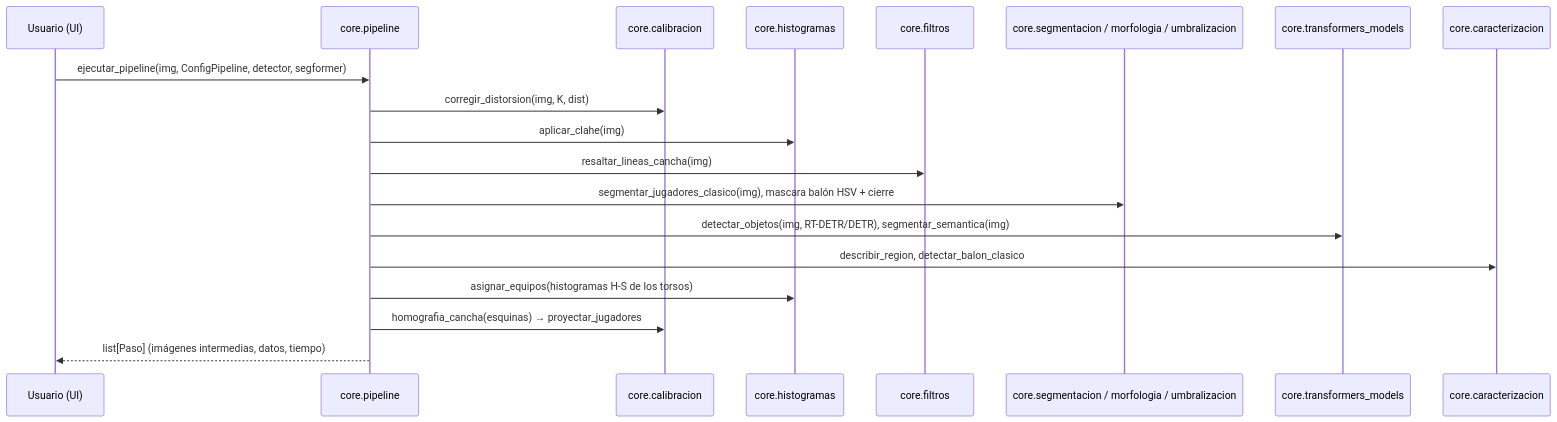
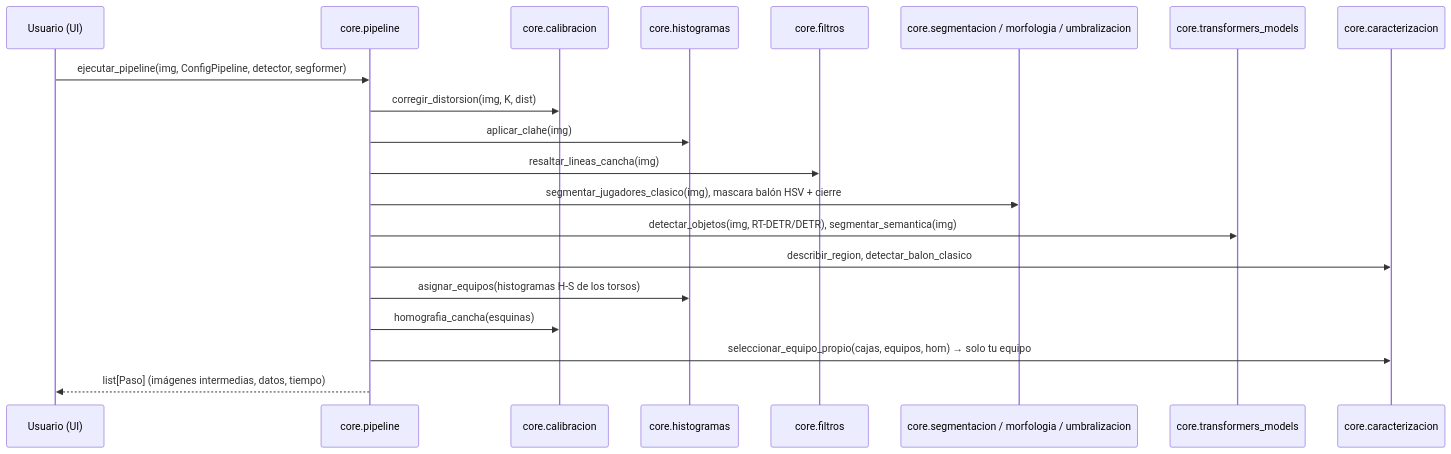
The diagram in docs/arquitectura.md (Jeol28/Vision-Artificial), drawn with Mermaid before and after one commit. The commit also changed other lines of this file and 5 other files, not shown here.

Commit message:
docs: describir el análisis solo del equipo propio y actualizar capturas

````diff
--- a/docs/arquitectura.md
+++ b/docs/arquitectura.md
@@ -29,22 +29,23 @@
 ```mermaid
 sequenceDiagram
     participant U as Usuario (UI)
     participant P as core.pipeline
     participant C as core.calibracion
     participant H as core.histogramas
     participant F as core.filtros
     participant S as core.segmentacion / morfologia / umbralizacion
     participant T as core.transformers_models
     participant K as core.caracterizacion
 
     U->>P: ejecutar_pipeline(img, ConfigPipeline, detector, segformer)
     P->>C: corregir_distorsion(img, K, dist)
     P->>H: aplicar_clahe(img)
     P->>F: resaltar_lineas_cancha(img)
     P->>S: segmentar_jugadores_clasico(img), mascara balón HSV + cierre
     P->>T: detectar_objetos(img, RT-DETR/DETR), segmentar_semantica(img)
     P->>K: describir_region, detectar_balon_clasico
     P->>H: asignar_equipos(histogramas H-S de los torsos)
-    P->>C: homografia_cancha(esquinas) → proyectar_jugadores
+    P->>C: homografia_cancha(esquinas)
+    P->>K: seleccionar_equipo_propio(cajas, equipos, hom) → solo tu equipo
     P-->>U: list[Paso] (imágenes intermedias, datos, tiempo)
 ```
````
